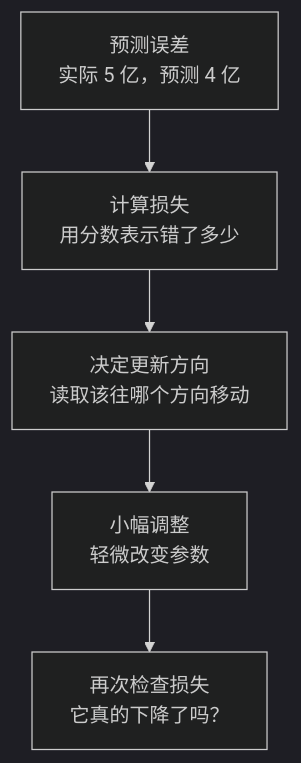
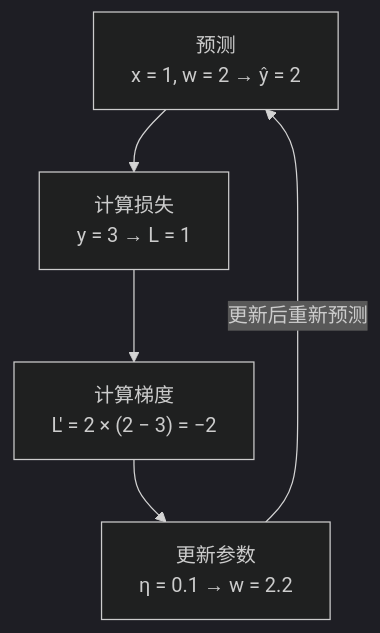
Before and after one commit to devchan64/AiBook: the diagram in docs/assets/part-02/chapter-04/learning-adjustment-flow-zh.mmd, drawn with Mermaid (dark theme). The commit also changed 7 other files, not shown here.

```diff
--- a/docs/assets/part-02/chapter-04/learning-adjustment-flow-zh.mmd
+++ b/docs/assets/part-02/chapter-04/learning-adjustment-flow-zh.mmd
@@ -1,8 +1,7 @@
 flowchart TD
-  A["预测误差<br/>实际 5 亿，预测 4 亿"]
-  B["计算损失<br/>用分数表示错了多少"]
-  C["决定更新方向<br/>读取该往哪个方向移动"]
-  D["小幅调整<br/>轻微改变参数"]
-  E["再次检查损失<br/>它真的下降了吗？"]
-
-  A --> B --> C --> D --> E
+  A["预测<br/>x = 1, w = 2 → ŷ = 2"]
+  B["计算损失<br/>y = 3 → L = 1"]
+  C["计算梯度<br/>L′ = 2 × (2 − 3) = −2"]
+  D["更新参数<br/>η = 0.1 → w = 2.2"]
+  A --> B --> C --> D
+  D -->|"更新后重新预测"| A
```
